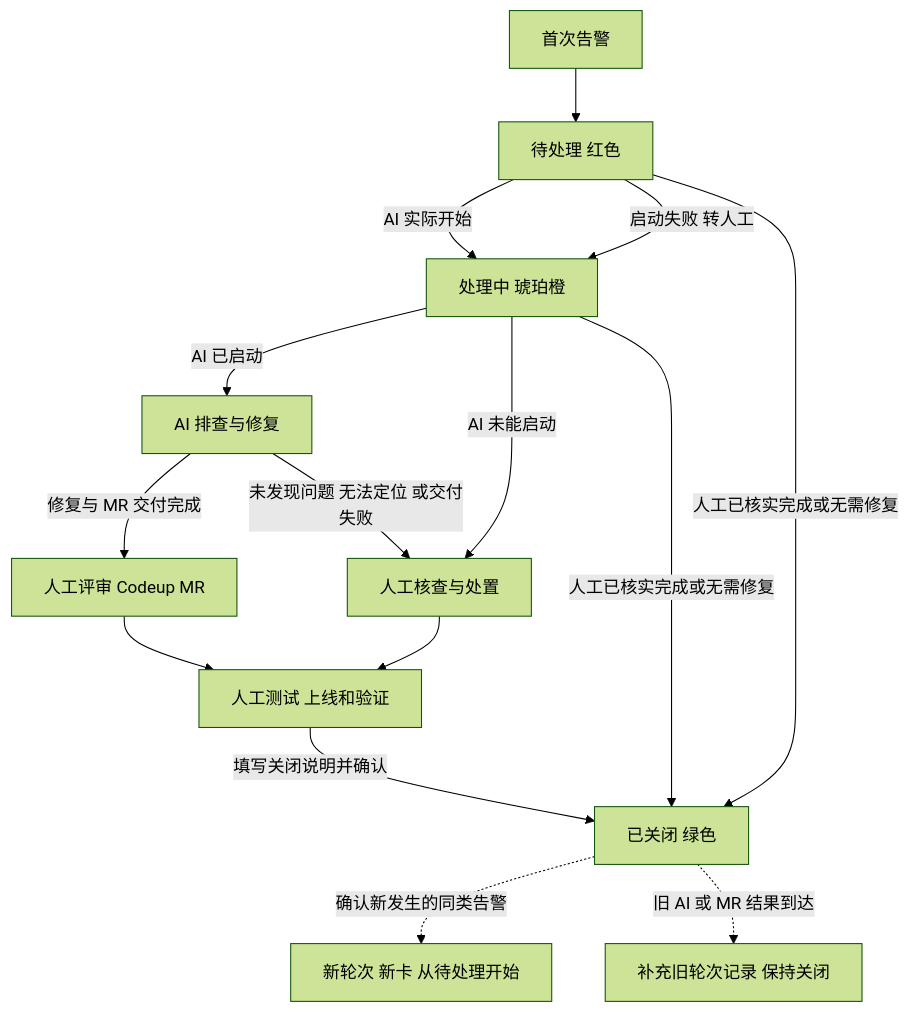
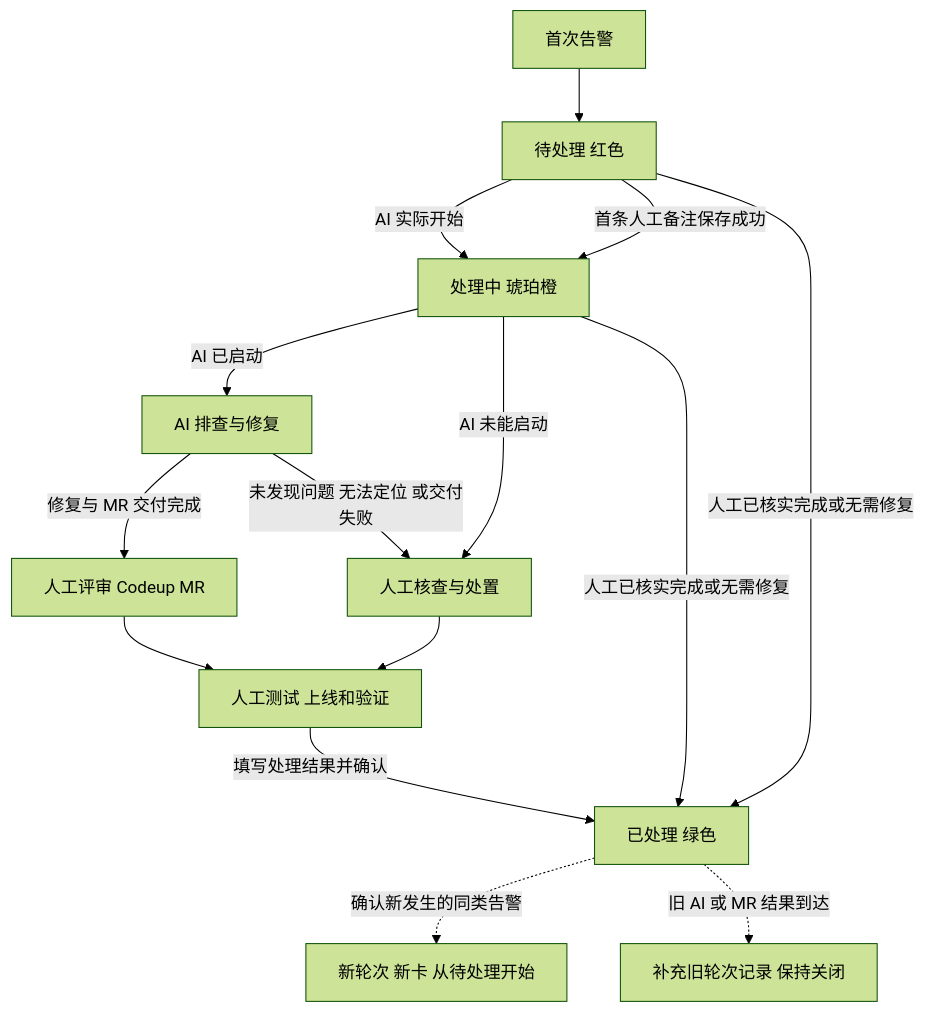
The diagram in docs/design/dingtalk-log-alert/日志告警卡片设计说明.md (mylxy/ai-alertops), drawn with Mermaid (forest theme) before and after one commit. The commit also changed other lines of this file and 36 other files, not shown here.

````diff
--- a/docs/design/dingtalk-log-alert/日志告警卡片设计说明.md
+++ b/docs/design/dingtalk-log-alert/日志告警卡片设计说明.md
@@ -19,17 +23,17 @@
 ```mermaid
 flowchart TD
   E[首次告警] --> N[待处理 红色]
   N -->|AI 实际开始| P[处理中 琥珀橙]
-  N -->|启动失败 转人工| P
+  N -->|首条人工备注保存成功| P
   P -->|AI 已启动| R[AI 排查与修复]
   P -->|AI 未能启动| H[人工核查与处置]
   R -->|修复与 MR 交付完成| M[人工评审 Codeup MR]
   R -->|未发现问题 无法定位 或交付失败| H
   M --> V[人工测试 上线和验证]
   H --> V
-  V -->|填写关闭说明并确认| C[已关闭 绿色]
+  V -->|填写处理结果并确认| C[已处理 绿色]
   N -->|人工已核实完成或无需修复| C
   P -->|人工已核实完成或无需修复| C
   C -.->|确认新发生的同类告警| E2[新轮次 新卡 从待处理开始]
   C -.->|旧 AI 或 MR 结果到达| K[补充旧轮次记录 保持关闭]
 ```
````
